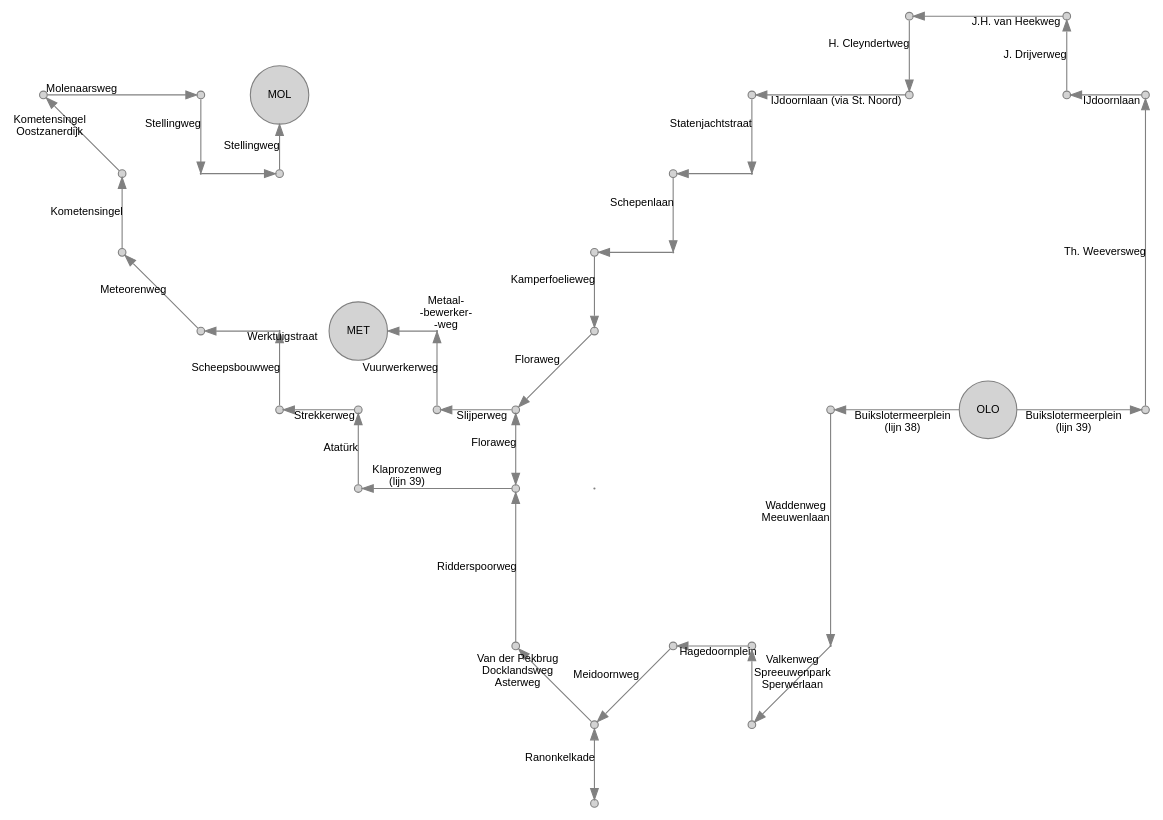
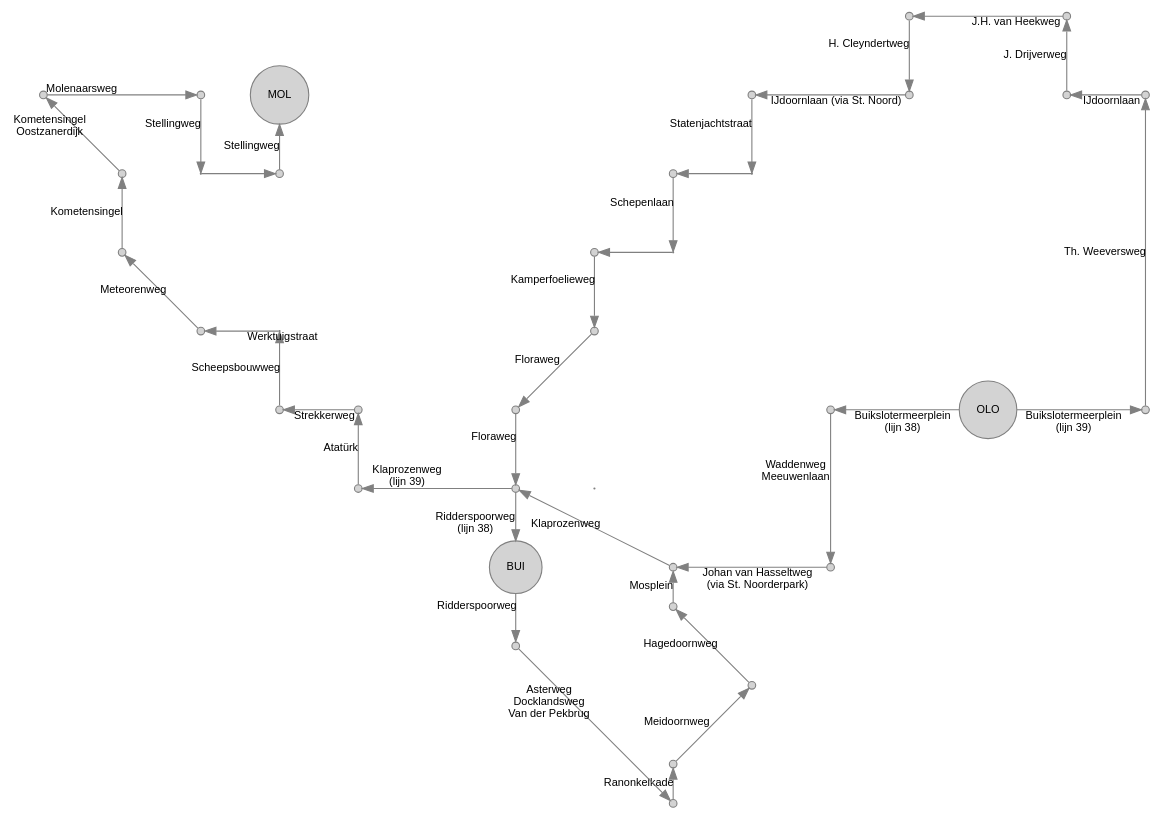
Before and after one commit to JacekPardyak/bus: the diagram in gvb/OLO.gv, drawn with Graphviz. The commit also changed 52 other files, not shown here.

```diff
--- a/gvb/OLO.gv
+++ b/gvb/OLO.gv
@@ -1,108 +1,107 @@
 digraph G {
   layout = neato
   node [shape = circle, style = filled, fillcolor = lightgray, color=gray, height=0.1, label = "", fontsize = 10, fontname = "Arial"]
   edge [color=gray, fontsize = 10, fontname = "Arial"]
 
 
 
   3901 [pos = " 3,-1!", label = "OLO"]
   3902 [pos = " 5,-1!"]
   3903 [pos = " 5, 3!"]
   3904 [pos = " 4, 3!"]
 
   3906 [pos = "-2,-2!", height=0.01]
   3907 [pos = "-3,-2!"]
   3908 [pos = "-5,-2!"]
   3909 [pos = "-5,-1!"]
   3910 [pos = "-6,-1!"]
   3911 [pos = "-6, 0!", height=0.01]
   3912 [pos = "-7, 0!"]
   3913 [pos = "-8, 1!"]
   3914 [pos = "-8, 2!"]
   3915 [pos = "-9, 3!"]
   3916 [pos = "-7, 3!"]
   3917 [pos = "-7, 2!", height=0.01]
   3918 [pos = "-6, 2!"]
   3919 [pos = "-6, 3!", label = "MOL"]
   3920 [pos = " 4, 4!"]
   3921 [pos = " 2, 4!"]
   3922 [pos = " 2, 3!"]
   3923 [pos = " 0, 3!"]
   3924 [pos = " 0, 2!", height=0.01]
   3925 [pos = "-1, 2!"]
   3926 [pos = "-1, 1!", height=0.01]
   3927 [pos = "-2, 1!"]
   3928 [pos = "-2, 0!"]
   
-  3801 [pos = " 1,-4!", height=0.01]
-  3802 [pos = " 0,-4!"]
-  3803 [pos = " 0,-5!"]
+  3801 [pos = " 1,-3!"]
+  3802 [pos = "-1,-3.5!"]
+  3803 [pos = "-1,-3!"]
+  3804 [pos = "-3,-3!", label = "BUI"]
+  
   3805 [pos = " 1,-1!"]
-  3806 [pos = "-1,-4!"]
-  3807 [pos = "-2,-5!"]
-  3808 [pos = "-2,-6!"]
+  3806 [pos = " 0,-4.5!"]
+  3807 [pos = "-1,-5.5!"]
+  3808 [pos = "-1,-6!"]
   3809 [pos = "-3,-4!"]
   3810 [pos = "-3,-1!"]
-  3811 [pos = "-4,-1!"]
-  3812 [pos = "-4, 0!", height=0.01]
-  3813 [pos = "-5, 0!", label = "MET"]
+
+
+  3802 -> 3803 [label = "Mosplein"]
+
+  3801 -> 3803 [label = "Johan van Hasseltweg 
+ (via St. Noorderpark)"]
+  3803 -> 3907 [label = "Klaprozenweg"]
+  3907 -> 3804 [label = "Ridderspoorweg 
+ (lijn 38)"]
+  3804 -> 3809 [label = "Ridderspoorweg"]
   
-
-  3803 -> 3802 [label = "Valkenweg 
- Spreeuwenpark 
- Sperwerlaan"]
-  3802 -> 3806 [label = "Hagedoornplein"]
-  3801 -> 3803 [label = ""]
-  
+  3809 -> 3808 [label = "Asterweg 
+ Docklandsweg 
+ Van der Pekbrug"]
 
   3902 -> 3903 [label = "Th. Weeversweg"]
   3903 -> 3904 [label = "IJdoornlaan"]
   3904 -> 3920 [label = "J. Drijverweg"]
   3920 -> 3921 [label = "J.H. van Heekweg"]
   3921 -> 3922 [label = "H. Cleyndertweg"]  
   3922 -> 3923 [label = "IJdoornlaan (via St. Noord)"]
   
   3805 -> 3801 [label = "Waddenweg 
  Meeuwenlaan"]
   3923 -> 3924 [label = "Statenjachtstraat"]
   3924 -> 3925 [label = ""]
   
   3925 -> 3926 [label = "Schepenlaan"]
   3926 -> 3927 [label = ""]  
   
   3927 -> 3928 [label = "Kamperfoelieweg"]
   3928 -> 3810 [label = "Floraweg"]  
   
   3907 -> 3908 [label = "Klaprozenweg 
  (lijn 39)"]
   3908 -> 3909 [label = "Atatürk"]
   3909 -> 3910 [label = "Strekkerweg"]
   3910 -> 3911 [label = "Scheepsbouwweg"]
   3911 -> 3912 [label = "Werktuigstraat"]
   3912 -> 3913 [label = "Meteorenweg"]
   3913 -> 3914 [label = "Kometensingel"]
   3914 -> 3915 [label = "Kometensingel 
  Oostzanerdijk"]
   3915 -> 3916 [label = "Molenaarsweg"]
   3916 -> 3917 [label = "Stellingweg"]
   3917 -> 3918 [label = ""]
   3918 -> 3919 [label = "Stellingweg"]
   
   3901 -> 3805 [label = "Buikslotermeerplein 
  (lijn 38)"]
   3901 -> 3902 [label = "Buikslotermeerplein
 (lijn 39)"]
 
-  3806 -> 3807 [label = "Meidoornweg"]
-  3807 -> 3808 [dir = "both", label = "Ranonkelkade"]
-  3807 -> 3809 [label = "Van der Pekbrug 
- Docklandsweg 
- Asterweg"]
-  3809 -> 3907 [label = "Ridderspoorweg"]
-  3907 -> 3810 [label = "Floraweg", dir = both]
-  3810 -> 3811 [label = "Slijperweg"]
-  3811 -> 3812 [label = "Vuurwerkerweg"]
-  3812 -> 3813 [label = "Metaal- 
- -bewerker- 
- -weg"]
+  3806 -> 3802 [label = "Hagedoornweg"]
+  3807 -> 3806 [label = "Meidoornweg"]
+  3808 -> 3807 [label = "Ranonkelkade"]
+
+  3810 -> 3907 [label = "Floraweg"]
+
 }
```
